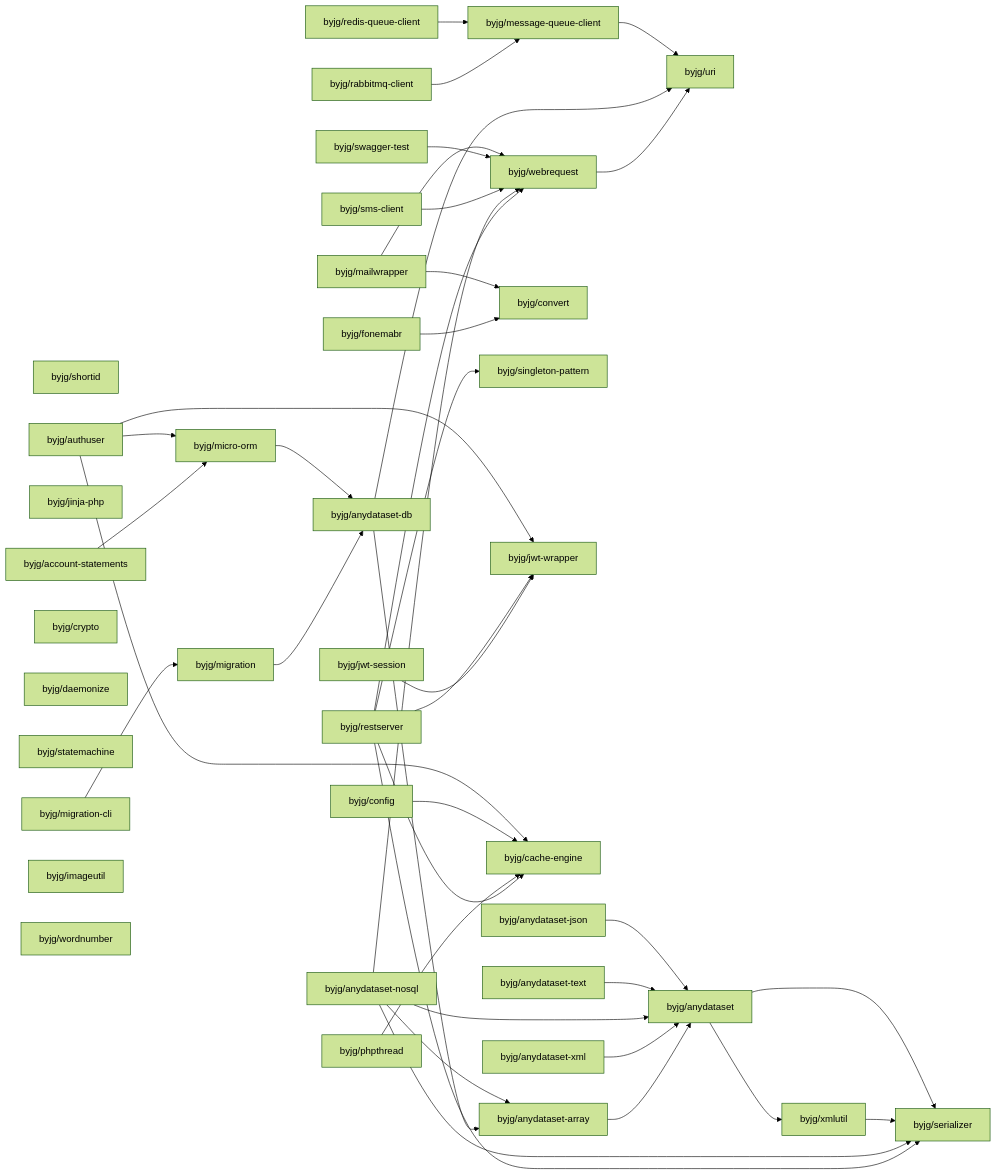
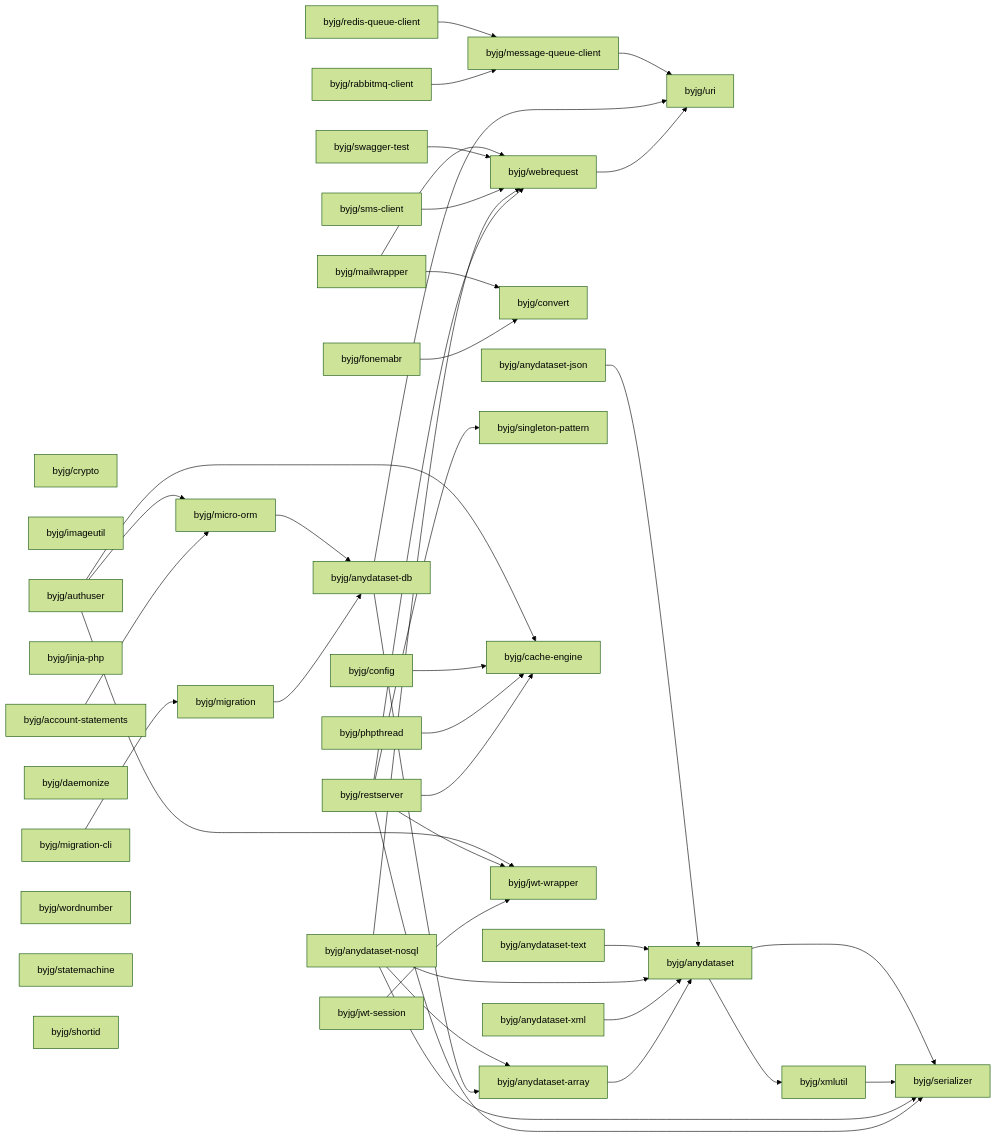
The diagram in docs/php/README.md (byjg/byjg.github.io), drawn with Mermaid (forest theme) before and after one commit. The commit also changed other lines of this file, not shown here.

````diff
--- a/docs/php/README.md
+++ b/docs/php/README.md
@@ -3,78 +3,78 @@
 ```mermaid
 graph LR;
-  byjg/swagger-test;
-  byjg/shortid;
+  byjg/crypto;
+  byjg/fonemabr;
+  byjg/rabbitmq-client;
+  byjg/config;
+  byjg/imageutil;
+  byjg/mailwrapper;
+  byjg/sms-client;
+  byjg/redis-queue-client;
+  byjg/phpthread;
+  byjg/restserver;
+  byjg/anydataset-nosql;
+  byjg/anydataset-json;
+  byjg/anydataset-text;
   byjg/authuser;
   byjg/jinja-php;
-  byjg/anydataset-text;
-  byjg/config;
-  byjg/mailwrapper;
+  byjg/migration-cli;
+  byjg/daemonize;
+  byjg/jwt-session;
+  byjg/anydataset-xml;
   byjg/account-statements;
-  byjg/anydataset-json;
-  byjg/sms-client;
-  byjg/rabbitmq-client;
-  byjg/crypto;
-  byjg/daemonize;
-  byjg/fonemabr;
+  byjg/wordnumber;
+  byjg/swagger-test;
   byjg/statemachine;
-  byjg/restserver;
-  byjg/migration-cli;
-  byjg/jwt-session;
-  byjg/phpthread;
-  byjg/imageutil;
-  byjg/redis-queue-client;
-  byjg/anydataset-xml;
-  byjg/anydataset-nosql;
-  byjg/wordnumber;
-  byjg/micro-orm;
+  byjg/shortid;
   byjg/convert;
+  byjg/message-queue-client;
   byjg/singleton-pattern;
+  byjg/cache-engine;
   byjg/migration;
   byjg/jwt-wrapper;
-  byjg/cache-engine;
-  byjg/message-queue-client;
+  byjg/micro-orm;
   byjg/webrequest;
   byjg/anydataset-db;
   byjg/anydataset-array;
   byjg/uri;
   byjg/anydataset;
   byjg/xmlutil;
   byjg/serializer;
   byjg/account-statements --> byjg/micro-orm;
   byjg/fonemabr --> byjg/convert;
   byjg/webrequest --> byjg/uri;
   byjg/anydataset-array --> byjg/anydataset;
   byjg/anydataset-xml --> byjg/anydataset;
   byjg/rabbitmq-client --> byjg/message-queue-client;
   byjg/redis-queue-client --> byjg/message-queue-client;
   byjg/jwt-session --> byjg/jwt-wrapper;
   byjg/anydataset-db --> byjg/anydataset-array;
   byjg/anydataset-db --> byjg/uri;
   byjg/restserver --> byjg/serializer;
   byjg/restserver --> byjg/singleton-pattern;
   byjg/restserver --> byjg/cache-engine;
   byjg/restserver --> byjg/webrequest;
   byjg/restserver --> byjg/jwt-wrapper;
   byjg/migration --> byjg/anydataset-db;
   byjg/anydataset-nosql --> byjg/anydataset;
   byjg/anydataset-nosql --> byjg/anydataset-array;
   byjg/anydataset-nosql --> byjg/serializer;
   byjg/anydataset-nosql --> byjg/webrequest;
   byjg/phpthread --> byjg/cache-engine;
   byjg/sms-client --> byjg/webrequest;
   byjg/swagger-test --> byjg/webrequest;
   byjg/migration-cli --> byjg/migration;
   byjg/config --> byjg/cache-engine;
   byjg/anydataset-text --> byjg/anydataset;
   byjg/micro-orm --> byjg/anydataset-db;
   byjg/authuser --> byjg/micro-orm;
   byjg/authuser --> byjg/cache-engine;
   byjg/authuser --> byjg/jwt-wrapper;
   byjg/anydataset-json --> byjg/anydataset;
   byjg/mailwrapper --> byjg/convert;
   byjg/mailwrapper --> byjg/webrequest;
   byjg/xmlutil --> byjg/serializer;
   byjg/anydataset --> byjg/serializer;
   byjg/anydataset --> byjg/xmlutil;
   byjg/message-queue-client --> byjg/uri;
 ```
````
